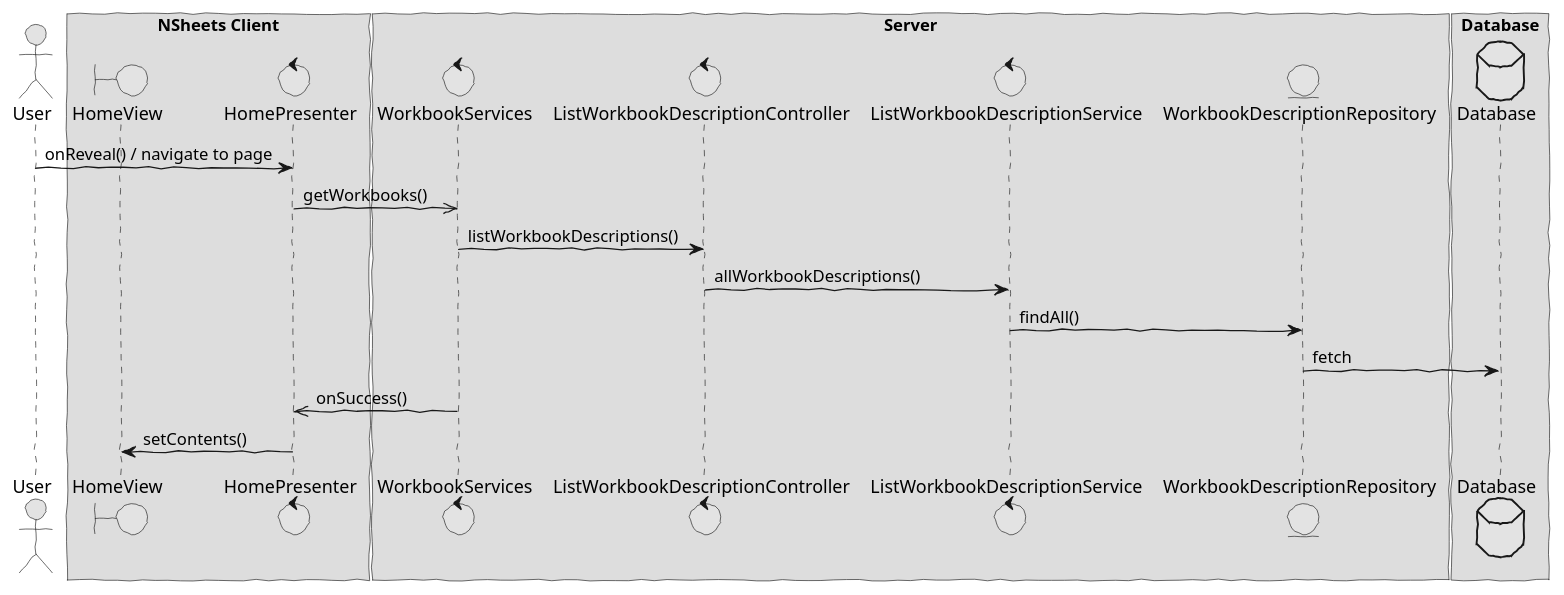
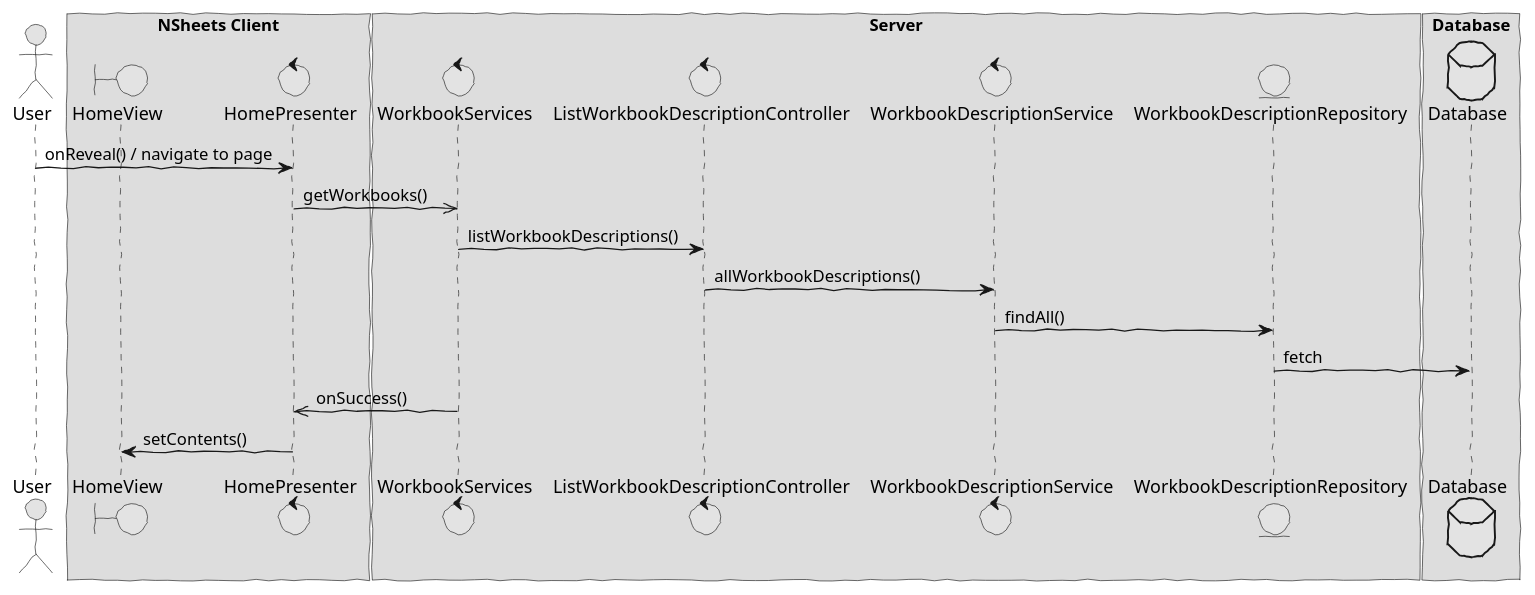
The diagram in docs/white/s4567890/sp1/design1.puml (HugoFernandes2343/LAPR4_2017-2018), drawn with PlantUML before and after one commit. The commit also changed 10 other files, not shown here.

Commit message:
Core00.0 - Test/Design/Implementation:  Added first draft for AddWorkbookDescription.

```diff
--- a/docs/white/s4567890/sp1/design1.puml
+++ b/docs/white/s4567890/sp1/design1.puml
@@ -1,42 +1,42 @@
 @startuml  design1.png
 skinparam handwritten true
 skinparam monochrome true
 skinparam packageStyle rect
 skinparam defaultFontName FG Virgil
 skinparam shadowing false
 
 actor User
 boundary HomeView
 control HomePresenter
 control WorkbookServices
 control ListWorkbookDescriptionController
-control ListWorkbookDescriptionService
+control WorkbookDescriptionService
 entity WorkbookDescriptionRepository
 database Database 
 
 box "NSheets Client"
 participant HomeView
 participant HomePresenter 
 end box
 
 box "Server"
 participant WorkbookServices
 participant ListWorkbookDescriptionController
-participant ListWorkbookDescriptionService
+participant WorkbookDescriptionService
 participant WorkbookDescriptionRepository
 end box
 
 box "Database"
 participant Database
 end box
 
 User -> HomePresenter : onReveal() / navigate to page 
 HomePresenter ->> WorkbookServices : getWorkbooks()
 WorkbookServices -> ListWorkbookDescriptionController : listWorkbookDescriptions()
-ListWorkbookDescriptionController -> ListWorkbookDescriptionService : allWorkbookDescriptions()
-ListWorkbookDescriptionService -> WorkbookDescriptionRepository : findAll()
+ListWorkbookDescriptionController -> WorkbookDescriptionService : allWorkbookDescriptions()
+WorkbookDescriptionService -> WorkbookDescriptionRepository : findAll()
 WorkbookDescriptionRepository -> Database : fetch
 WorkbookServices ->> HomePresenter : onSuccess() 
 HomePresenter -> HomeView : setContents()
 
 @enduml
```
